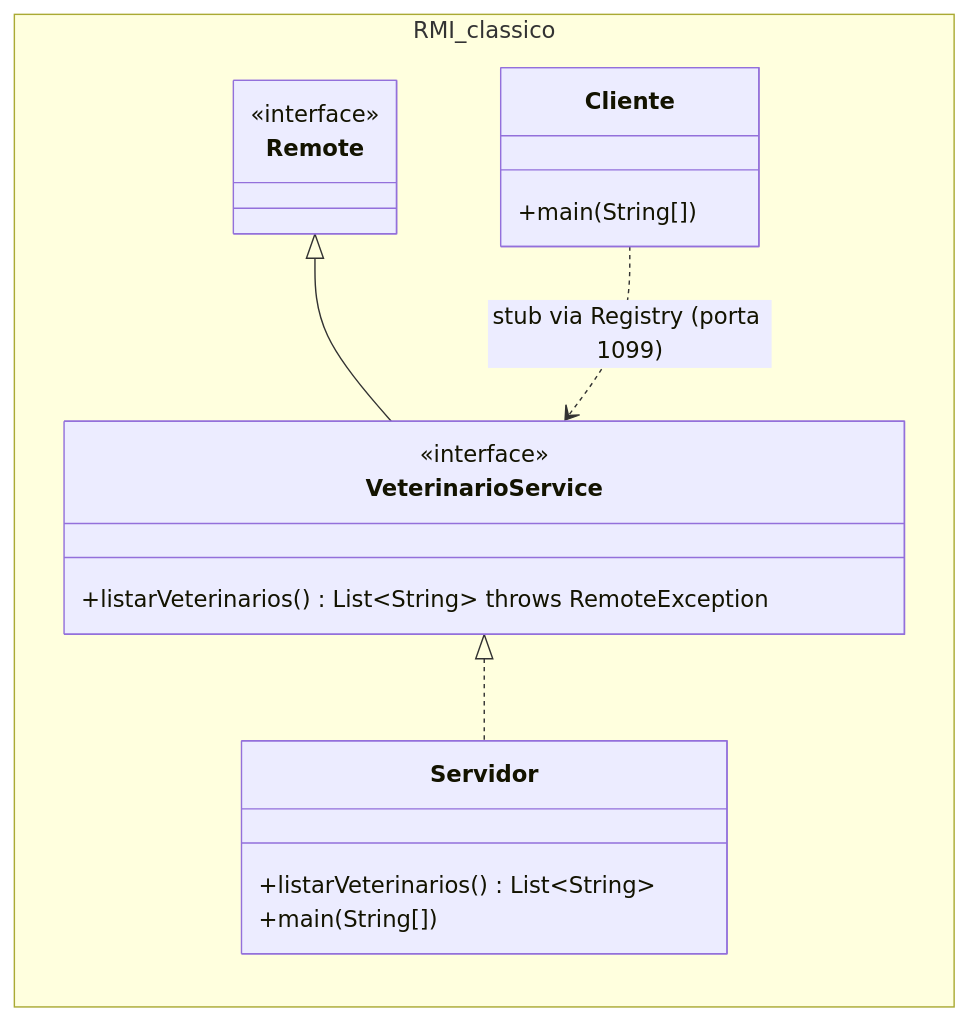
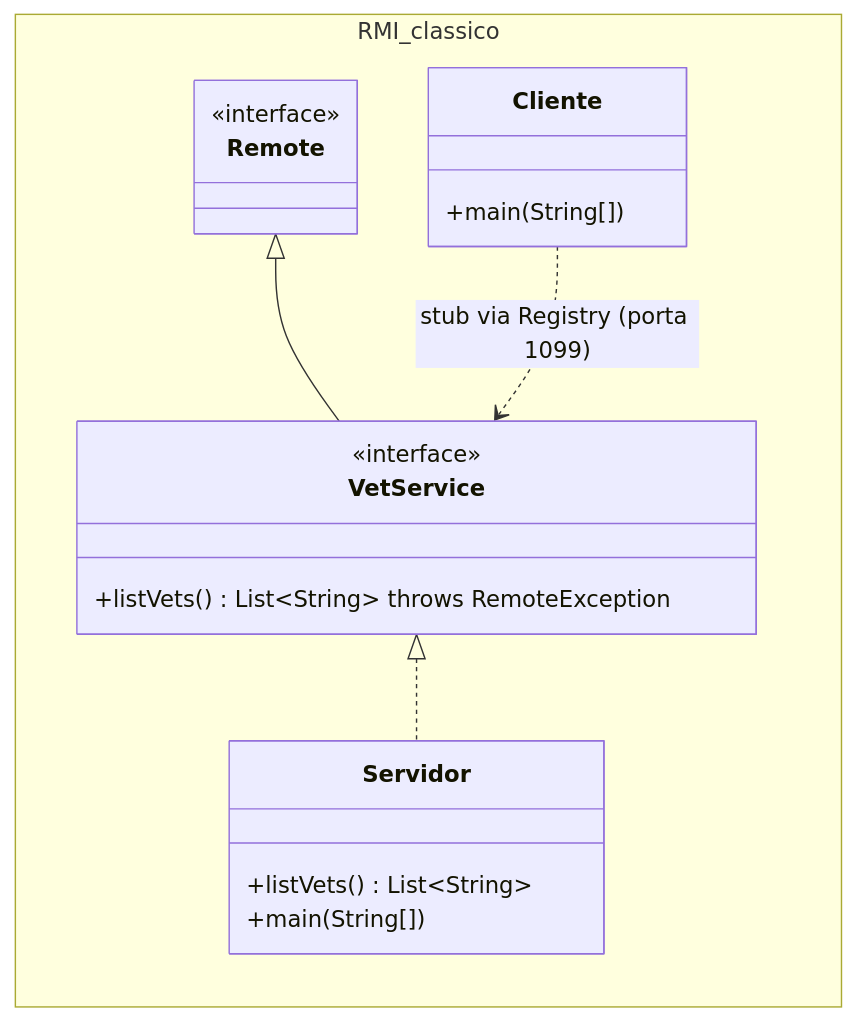
Before and after one commit to GabrielKayran/spring-petclinic: the second of 8 diagrams in ESTUDO-DE-CASO.md, drawn with Mermaid. The commit also changed other lines of this file and 115 other files, not shown here.

````diff
--- a/ESTUDO-DE-CASO.md
+++ b/ESTUDO-DE-CASO.md
@@ -144,23 +144,23 @@
 ```mermaid
 classDiagram
     direction LR
     namespace RMI_classico {
         class Remote {
             <<interface>>
         }
-        class VeterinarioService_RMI["VeterinarioService"] {
+        class VetService_RMI["VetService"] {
             <<interface>>
-            +listarVeterinarios() List~String~ throws RemoteException
+            +listVets() List~String~ throws RemoteException
         }
         class Servidor {
-            +listarVeterinarios() List~String~
+            +listVets() List~String~
             +main(String[])
         }
         class Cliente {
             +main(String[])
         }
     }
-    Remote <|-- VeterinarioService_RMI
-    VeterinarioService_RMI <|.. Servidor
-    Cliente ..> VeterinarioService_RMI : stub via Registry (porta 1099)
+    Remote <|-- VetService_RMI
+    VetService_RMI <|.. Servidor
+    Cliente ..> VetService_RMI : stub via Registry (porta 1099)
 ```
````
